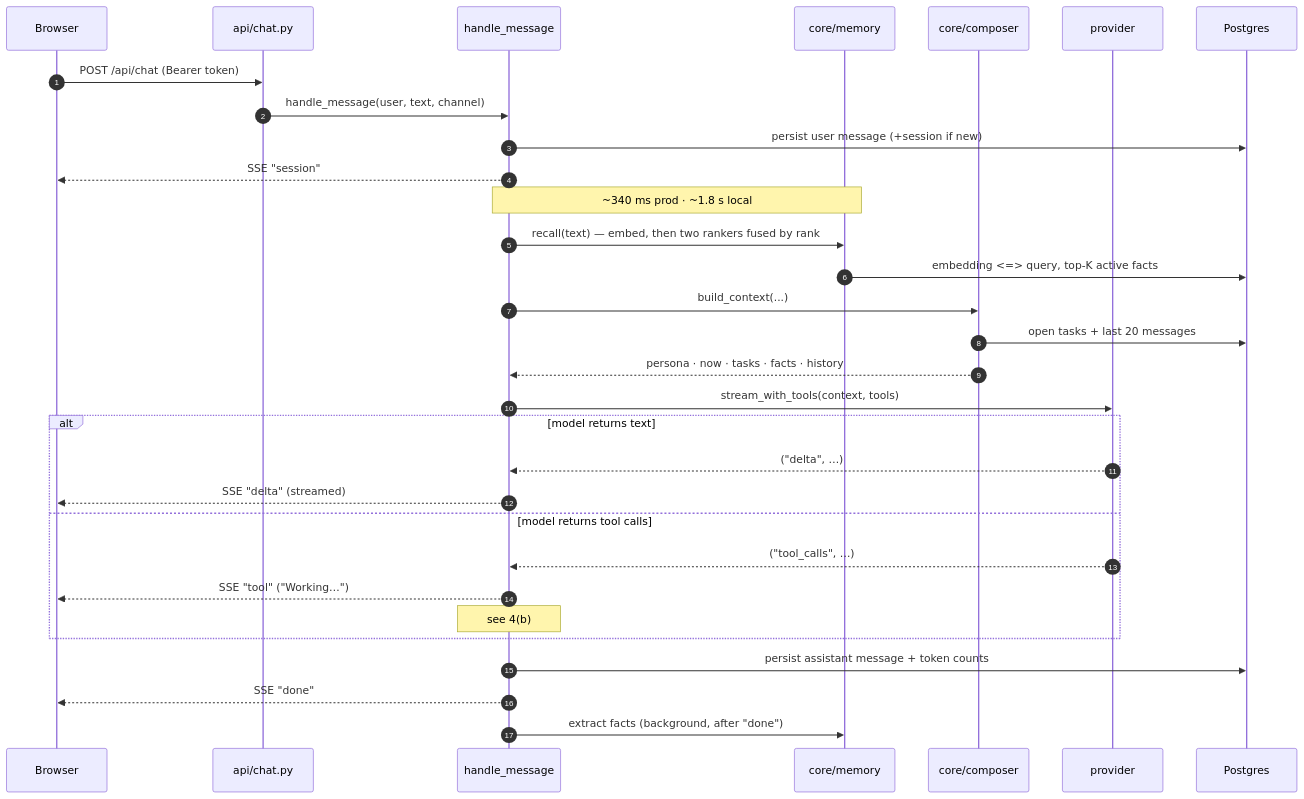
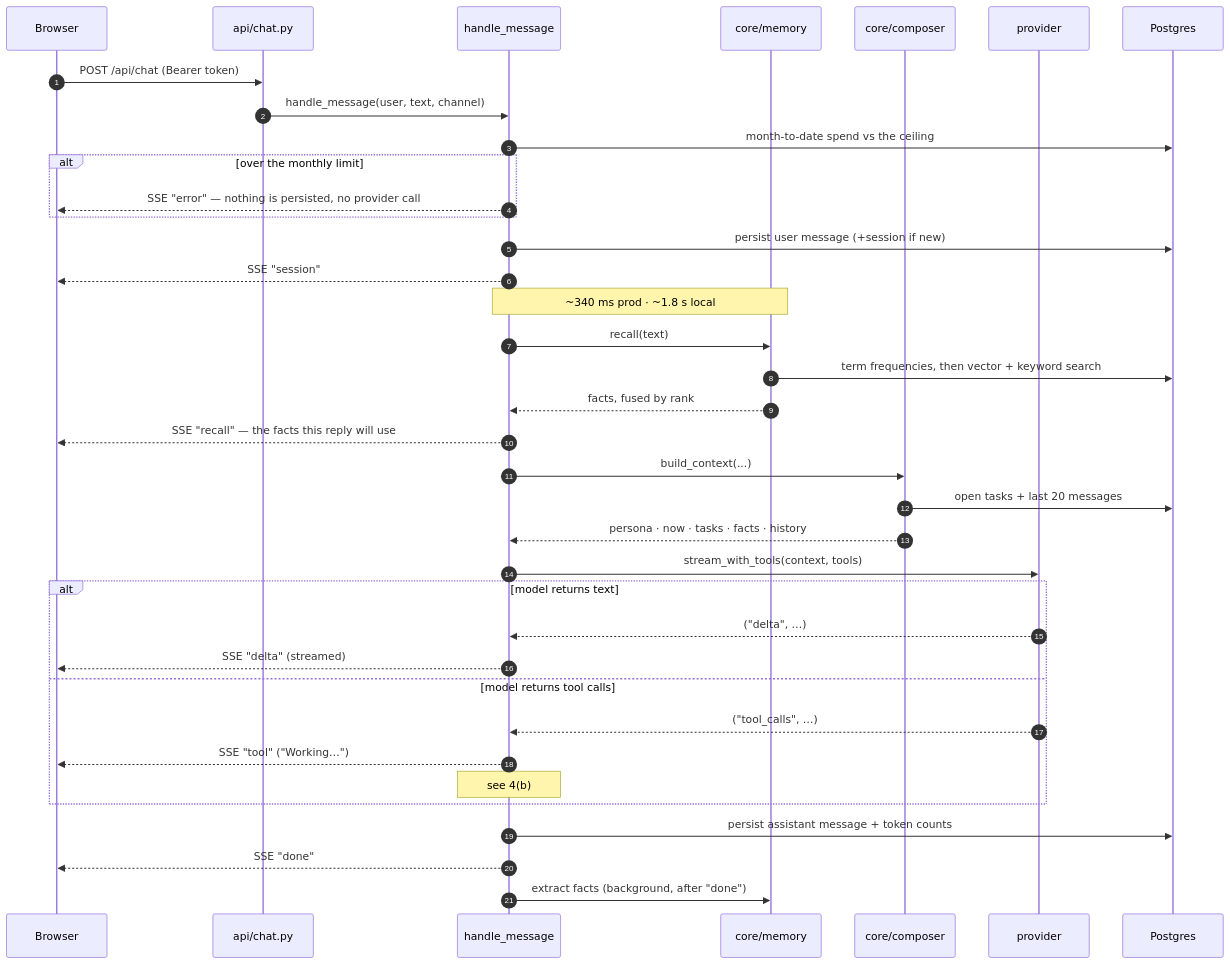
Before and after one commit to narendra632/aceroai: the second of 8 diagrams in docs/ARCHITECTURE.md, drawn with Mermaid. The commit also changed other lines of this file and 4 other files, not shown here.

First line of the commit message:
fix(docs): repair four broken diagrams, and check the rest on every CI run

````diff
--- a/docs/ARCHITECTURE.md
+++ b/docs/ARCHITECTURE.md
@@ -166,34 +169,40 @@
 ```mermaid
 sequenceDiagram
     autonumber
     participant U as Browser
     participant R as api/chat.py
     participant H as handle_message
     participant M as core/memory
     participant C as core/composer
     participant P as provider
     participant D as Postgres
 
     U->>R: POST /api/chat (Bearer token)
     R->>H: handle_message(user, text, channel)
+    H->>D: month-to-date spend vs the ceiling
+    alt over the monthly limit
+        H-->>U: SSE "error" — nothing is persisted, no provider call
+    end
     H->>D: persist user message (+session if new)
     H-->>U: SSE "session"
     Note over H,M: ~340 ms prod · ~1.8 s local
-    H->>M: recall(text) — embed, then two rankers fused by rank
-    M->>D: embedding <=> query, top-K active facts
+    H->>M: recall(text)
+    M->>D: term frequencies, then vector + keyword search
+    M-->>H: facts, fused by rank
+    H-->>U: SSE "recall" — the facts this reply will use
     H->>C: build_context(...)
     C->>D: open tasks + last 20 messages
     C-->>H: persona · now · tasks · facts · history
     H->>P: stream_with_tools(context, tools)
     alt model returns text
         P-->>H: ("delta", …)
         H-->>U: SSE "delta" (streamed)
     else model returns tool calls
         P-->>H: ("tool_calls", …)
         H-->>U: SSE "tool" ("Working…")
         Note over H: see 4(b)
     end
     H->>D: persist assistant message + token counts
     H-->>U: SSE "done"
     H->>M: extract facts (background, after "done")
 ```
````
